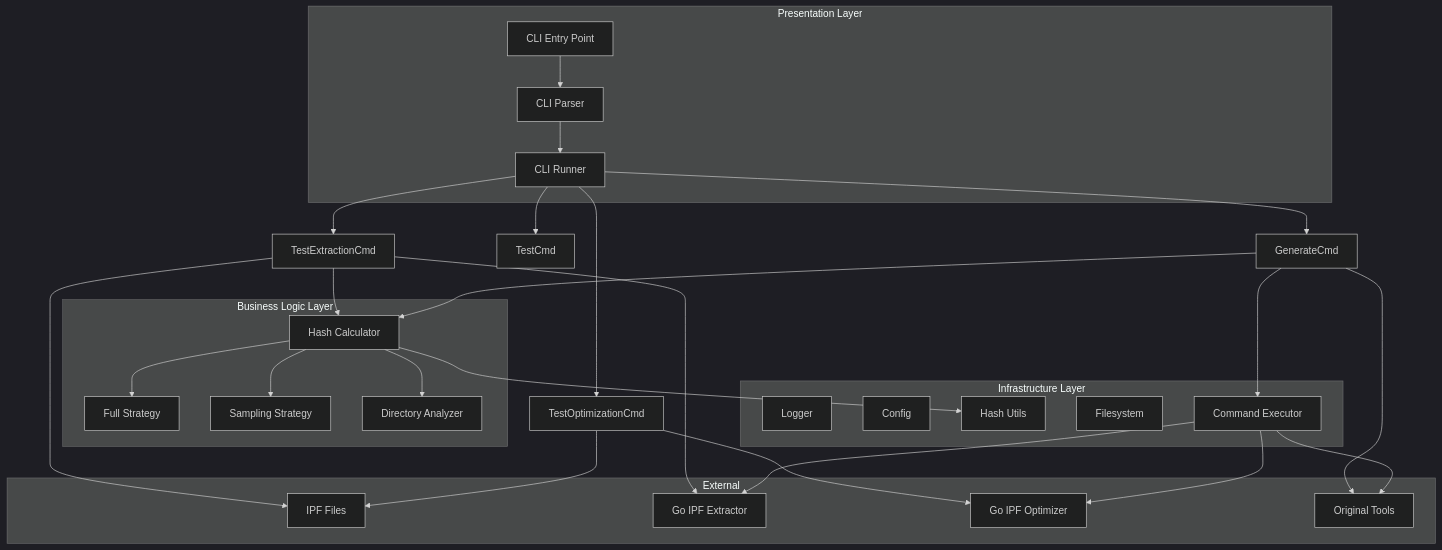
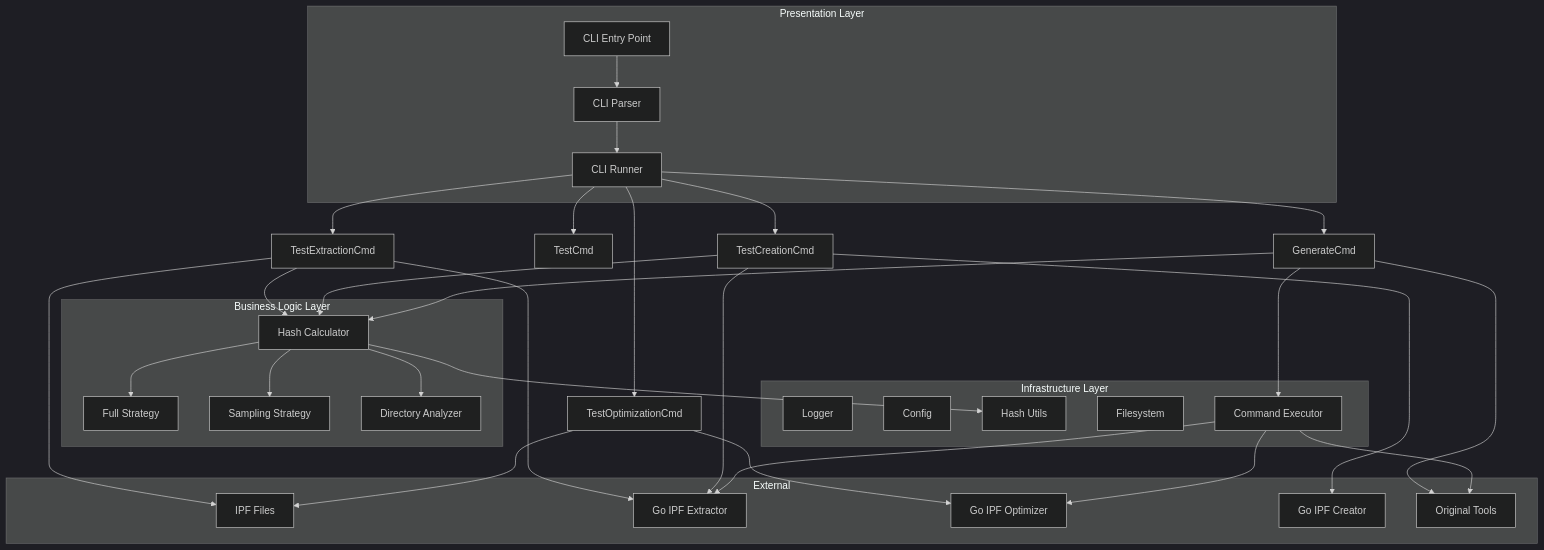
One commit to joao-paulo-santos/GE-Library changed the first of 3 diagrams in testing/architecture.md. Above: the diagram before and after it, drawn with Mermaid (dark theme). The commit also changed other lines of this file and 4 other files, not shown here.

````diff
--- a/testing/architecture.md
+++ b/testing/architecture.md
@@ -11,58 +11,64 @@
 ```mermaid
 graph TB
     subgraph "Presentation Layer"
         CLI[CLI Entry Point]
         Parser[CLI Parser]
         Runner[CLI Runner]
     end
     
     subgraph "Business Logic Layer"
         HashCalc[Hash Calculator]
         FullStrat[Full Strategy]
         SampleStrat[Sampling Strategy]
         DirAnalyzer[Directory Analyzer]
     end
     
     subgraph "Infrastructure Layer"
         Logger[Logger]
         Config[Config]
         Hash[Hash Utils]
         FS[Filesystem]
         Executor[Command Executor]
     end
     
     subgraph "External"
         IPF[IPF Files]
         GoBinary[Go IPF Extractor]
         GoOptimizer[Go IPF Optimizer]
+        GoCreator[Go IPF Creator]
         OriginalTools[Original Tools]
     end
     
     CLI --> Parser
     Parser --> Runner
     Runner --> GenerateCmd
     Runner --> TestCmd
     Runner --> TestExtractionCmd
     Runner --> TestOptimizationCmd
+    Runner --> TestCreationCmd
     
     TestExtractionCmd --> HashCalc
     TestExtractionCmd --> GoBinary
     
     TestOptimizationCmd --> GoOptimizer
+    
+    TestCreationCmd --> HashCalc
+    TestCreationCmd --> GoCreator
+    TestCreationCmd --> GoBinary
     
     GenerateCmd --> HashCalc
     GenerateCmd --> Executor
     GenerateCmd --> OriginalTools
     
     HashCalc --> FullStrat
     HashCalc --> SampleStrat
     HashCalc --> Hash
     HashCalc --> DirAnalyzer
     
     TestExtractionCmd --> IPF
     TestOptimizationCmd --> IPF
     
     Executor --> GoBinary
     Executor --> GoOptimizer
     Executor --> OriginalTools
 ```
````
